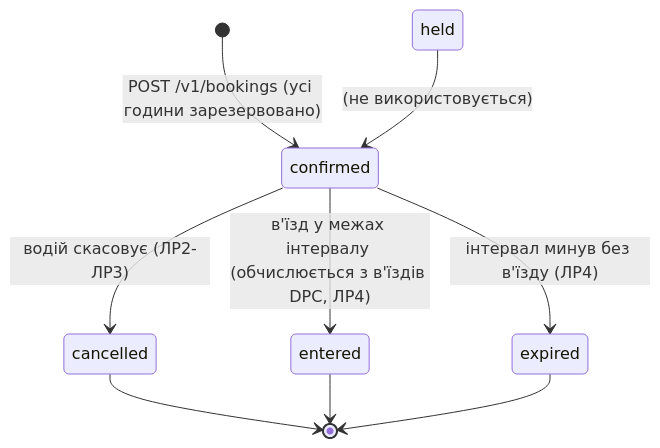
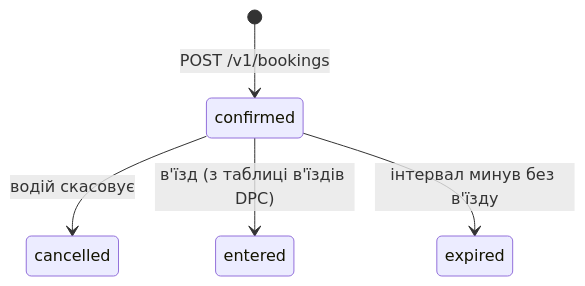
One commit to Extractoro/parking-system changed the first of 2 diagrams in README.md. Above: the diagram before and after it, drawn with Mermaid. The commit also changed other lines of this file and 5 other files, not shown here.

````diff
--- a/README.md
+++ b/README.md
@@ -42,11 +28,7 @@
 ```mermaid
 stateDiagram-v2
-    [*] --> confirmed: POST /v1/bookings (усі години зарезервовано)
-    held --> confirmed: (не використовується)
-    confirmed --> cancelled: водій скасовує (ЛР2-ЛР3)
-    confirmed --> entered: в'їзд у межах інтервалу (обчислюється з в'їздів DPC, ЛР4)
-    confirmed --> expired: інтервал минув без в'їзду (ЛР4)
-    cancelled --> [*]
-    entered --> [*]
-    expired --> [*]
+    [*] --> confirmed: POST /v1/bookings
+    confirmed --> cancelled: водій скасовує
+    confirmed --> entered: в'їзд (з таблиці в'їздів DPC)
+    confirmed --> expired: інтервал минув без в'їзду
 ```
````
